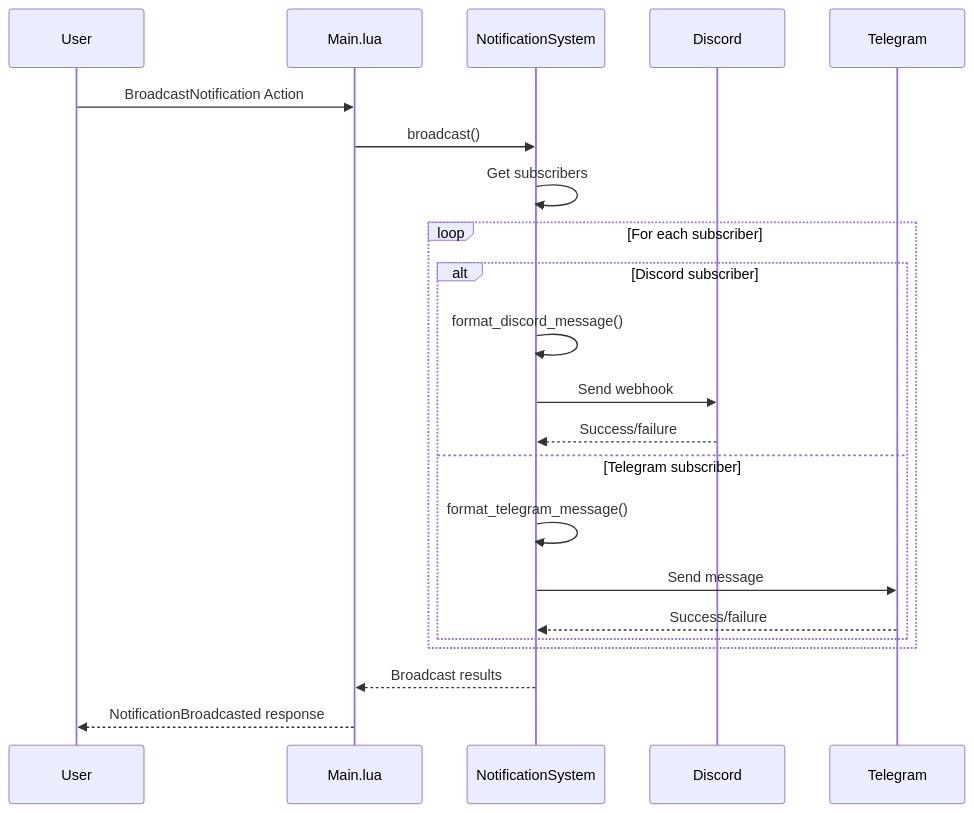
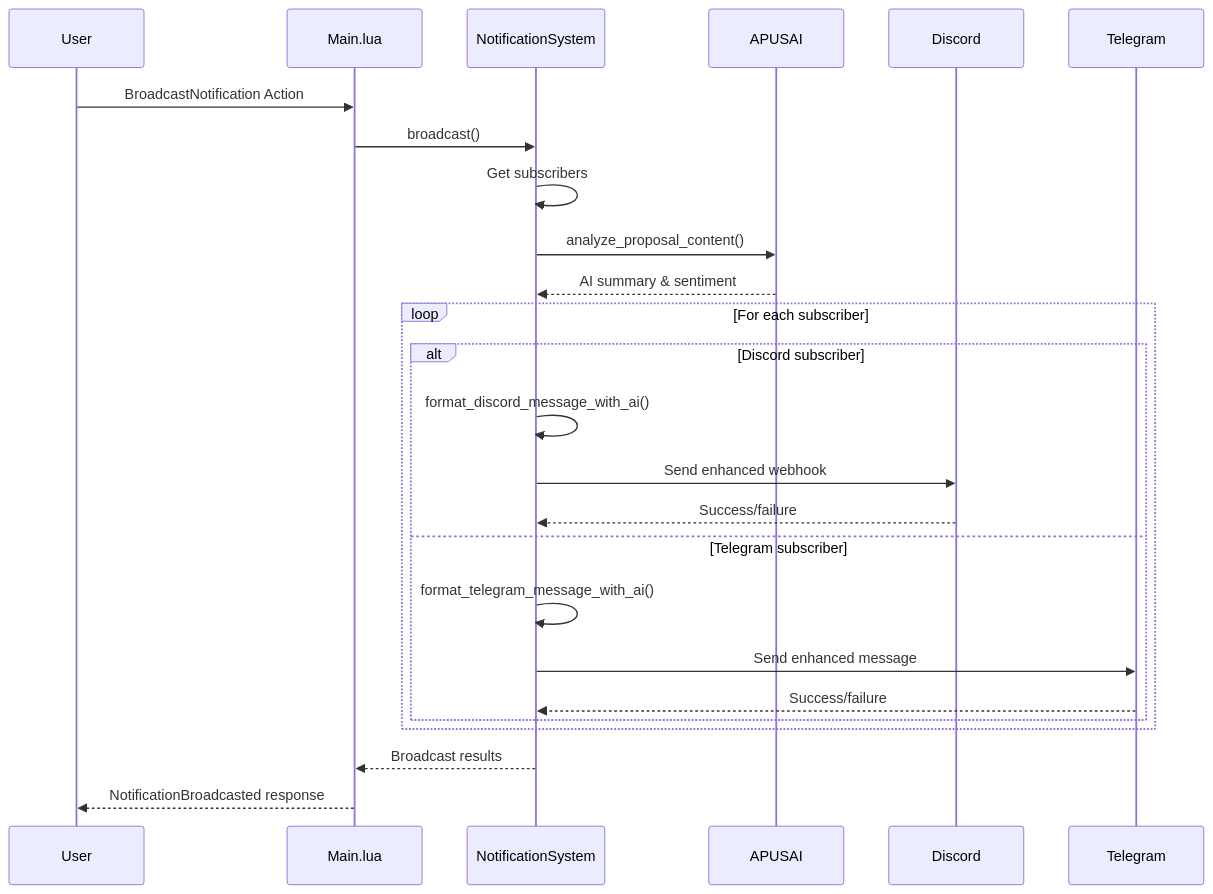
Before and after one commit to Samuel1-ona/Genie: the fifth of 5 diagrams in README.md, drawn with Mermaid. The commit also changed other lines of this file and 1 other file, not shown here.

````diff
--- a/README.md
+++ b/README.md
@@ -391,25 +417,28 @@
 ```mermaid
 sequenceDiagram
     participant User
     participant Main.lua
     participant NotificationSystem
+    participant APUSAI
     participant Discord
     participant Telegram
 
     User->>Main.lua: BroadcastNotification Action
     Main.lua->>NotificationSystem: broadcast()
     NotificationSystem->>NotificationSystem: Get subscribers
+    NotificationSystem->>APUSAI: analyze_proposal_content()
+    APUSAI-->>NotificationSystem: AI summary & sentiment
     loop For each subscriber
         alt Discord subscriber
-            NotificationSystem->>NotificationSystem: format_discord_message()
-            NotificationSystem->>Discord: Send webhook
+            NotificationSystem->>NotificationSystem: format_discord_message_with_ai()
+            NotificationSystem->>Discord: Send enhanced webhook
             Discord-->>NotificationSystem: Success/failure
         else Telegram subscriber
-            NotificationSystem->>NotificationSystem: format_telegram_message()
-            NotificationSystem->>Telegram: Send message
+            NotificationSystem->>NotificationSystem: format_telegram_message_with_ai()
+            NotificationSystem->>Telegram: Send enhanced message
             Telegram-->>NotificationSystem: Success/failure
         end
     end
     NotificationSystem-->>Main.lua: Broadcast results
     Main.lua-->>User: NotificationBroadcasted response
 ```
````
